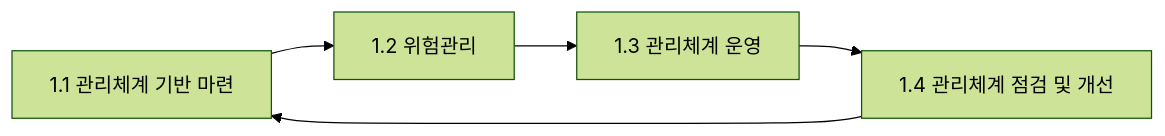
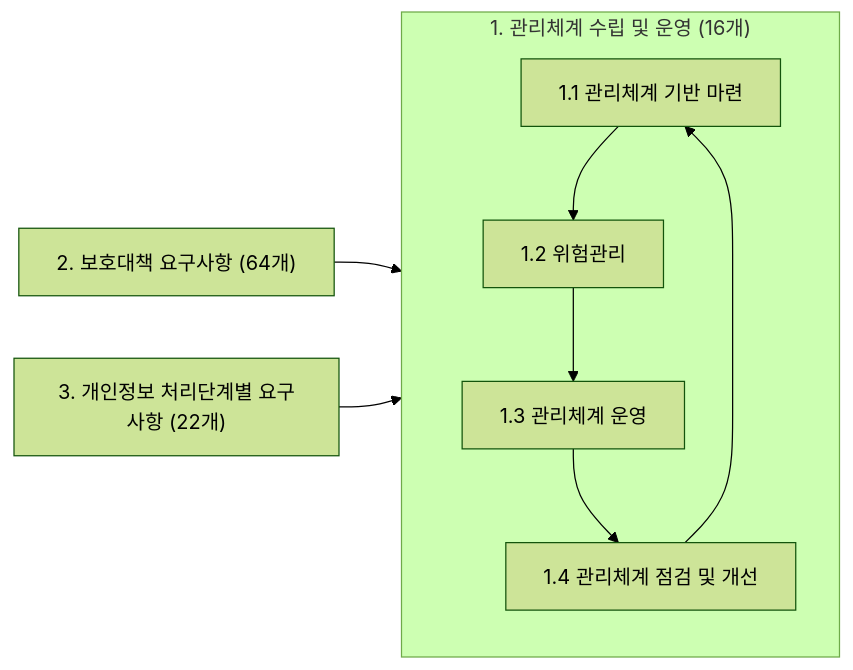
One commit to jhs512/topcit changed the diagram in output/markdown/pages/page-189.md. Above: the diagram before and after it, drawn with Mermaid (forest theme). The commit also changed 127 other files, not shown here.

````diff
--- a/output/markdown/pages/page-189.md
+++ b/output/markdown/pages/page-189.md
@@ -7,4 +7,8 @@
 ```mermaid
 flowchart LR
+    subgraph S["1. 관리체계 수립 및 운영 (16개)"]
     A[1.1 관리체계 기반 마련] --> B[1.2 위험관리] --> C[1.3 관리체계 운영] --> D[1.4 관리체계 점검 및 개선] --> A
+    end
+    E["2. 보호대책 요구사항 (64개)"] --> S
+    F["3. 개인정보 처리단계별 요구사항 (22개)"] --> S
 ```
````
